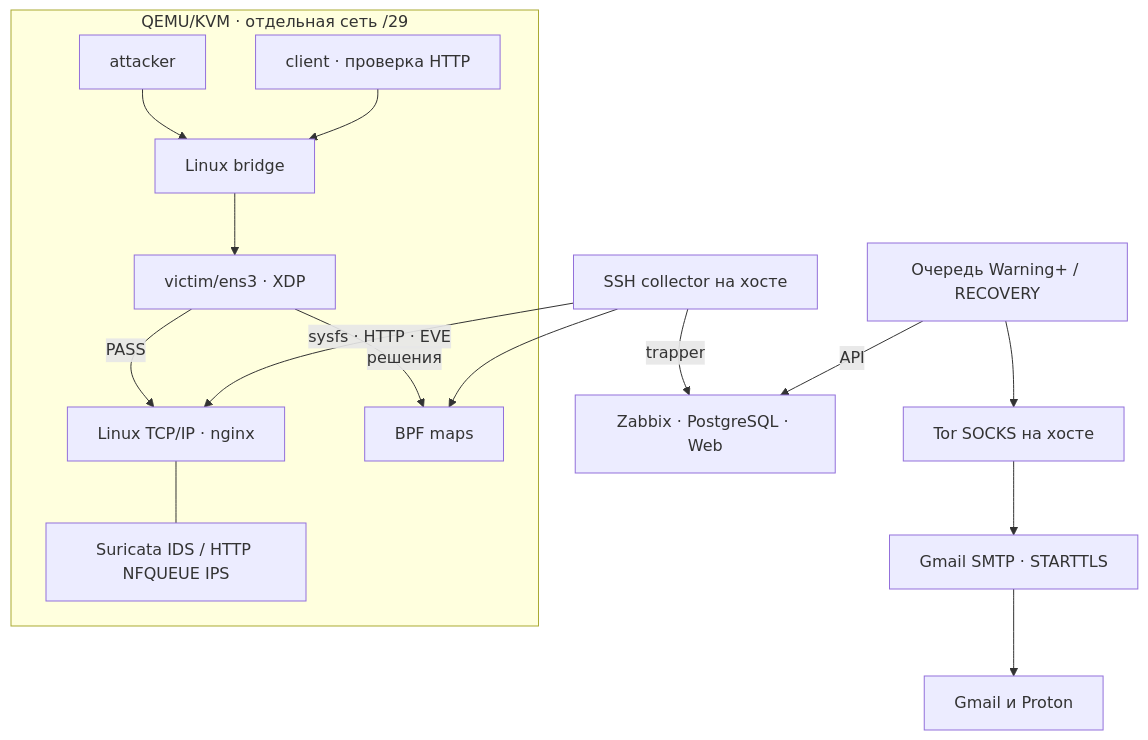
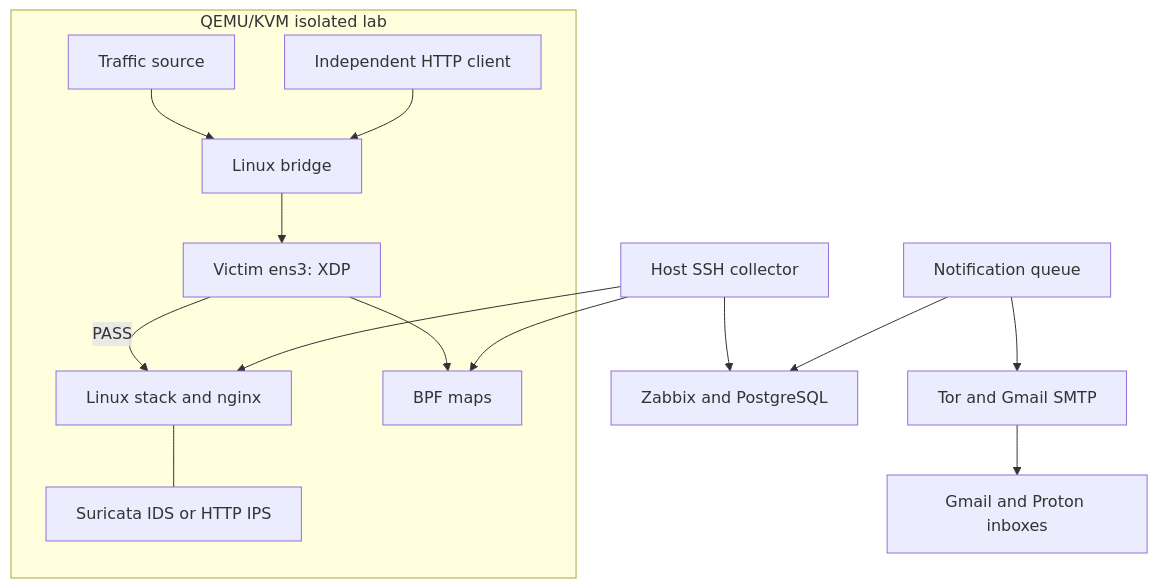
One commit to zackshal/opla-security-lab changed the diagram in README.md. Above: the diagram before and after it, drawn with Mermaid. The commit also changed other lines of this file and 32 other files, not shown here.

````diff
--- a/README.md
+++ b/README.md
@@ -46,18 +47,17 @@
 ```mermaid
 flowchart TB
-    subgraph lab["QEMU/KVM · отдельная сеть /29"]
-        attacker["attacker"] --> bridge["Linux bridge"]
-        client["client · проверка HTTP"] --> bridge
-        bridge --> xdp["victim/ens3 · XDP"]
-        xdp -->|PASS| stack["Linux TCP/IP · nginx"]
-        xdp -->|решения| maps["BPF maps"]
-        stack --- ids["Suricata IDS / HTTP NFQUEUE IPS"]
+    subgraph lab["QEMU/KVM isolated lab"]
+        attacker["Traffic source"] --> bridge["Linux bridge"]
+        client["Independent HTTP client"] --> bridge
+        bridge --> xdp["Victim ens3: XDP"]
+        xdp -->|PASS| stack["Linux stack and nginx"]
+        xdp --> maps["BPF maps"]
+        stack --- ids["Suricata IDS or HTTP IPS"]
     end
-    collector["SSH collector на хосте"] --> maps
-    collector -->|sysfs · HTTP · EVE| stack
-    collector -->|trapper| zabbix["Zabbix · PostgreSQL · Web"]
-    mail["Очередь Warning+ / RECOVERY"] -->|API| zabbix
-    mail --> tor["Tor SOCKS на хосте"]
-    tor --> smtp["Gmail SMTP · STARTTLS"]
-    smtp --> recipients["Gmail и Proton"]
+    collector["Host SSH collector"] --> maps
+    collector --> stack
+    collector --> zabbix["Zabbix and PostgreSQL"]
+    alerts["Notification queue"] --> zabbix
+    alerts --> transport["Tor and Gmail SMTP"]
+    transport --> recipients["Gmail and Proton inboxes"]
 ```
````
